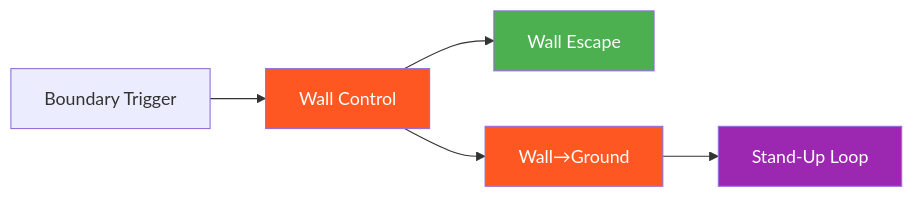
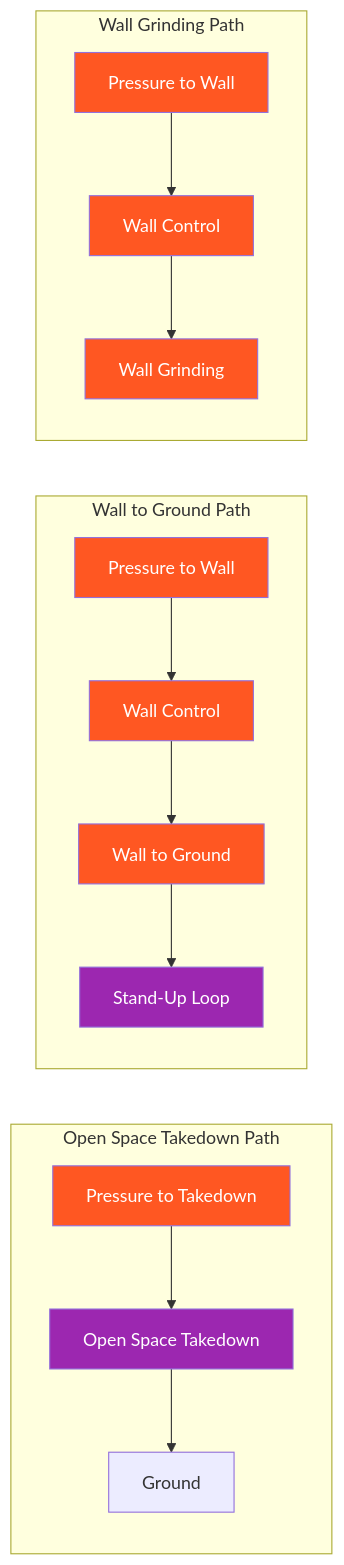
Before and after one commit to ACalienes/Ecological-MMA-Game-System: the fourth of 5 diagrams in docs/system/map.md, drawn with Mermaid. The commit also changed other lines of this file and 24 other files, not shown here.

````diff
--- a/docs/system/map.md
+++ b/docs/system/map.md
@@ -169,12 +229,28 @@
 ```mermaid
 flowchart LR
-    A[Boundary Trigger] --> B[Wall Control]
-    B --> C[Wall Escape]
-    B --> D[Wall→Ground]
-    D --> E[Stand-Up Loop]
+    subgraph Path1["Open Space Takedown Path"]
+        A1[Pressure to Takedown] --> B1[Open Space Takedown]
+        B1 --> C1[Ground]
+    end
 
-    style B fill:#FF5722,color:#fff
-    style C fill:#4CAF50,color:#fff
-    style D fill:#FF5722,color:#fff
-    style E fill:#9C27B0,color:#fff
+    subgraph Path2["Wall to Ground Path"]
+        A2[Pressure to Wall] --> B2[Wall Control]
+        B2 --> C2[Wall to Ground]
+        C2 --> D2[Stand-Up Loop]
+    end
+
+    subgraph Path3["Wall Grinding Path"]
+        A3[Pressure to Wall] --> B3[Wall Control]
+        B3 --> C3[Wall Grinding]
+    end
+
+    style A1 fill:#FF5722,color:#fff
+    style B1 fill:#9C27B0,color:#fff
+    style A2 fill:#FF5722,color:#fff
+    style B2 fill:#FF5722,color:#fff
+    style C2 fill:#FF5722,color:#fff
+    style D2 fill:#9C27B0,color:#fff
+    style A3 fill:#FF5722,color:#fff
+    style B3 fill:#FF5722,color:#fff
+    style C3 fill:#FF5722,color:#fff
 ```
````
